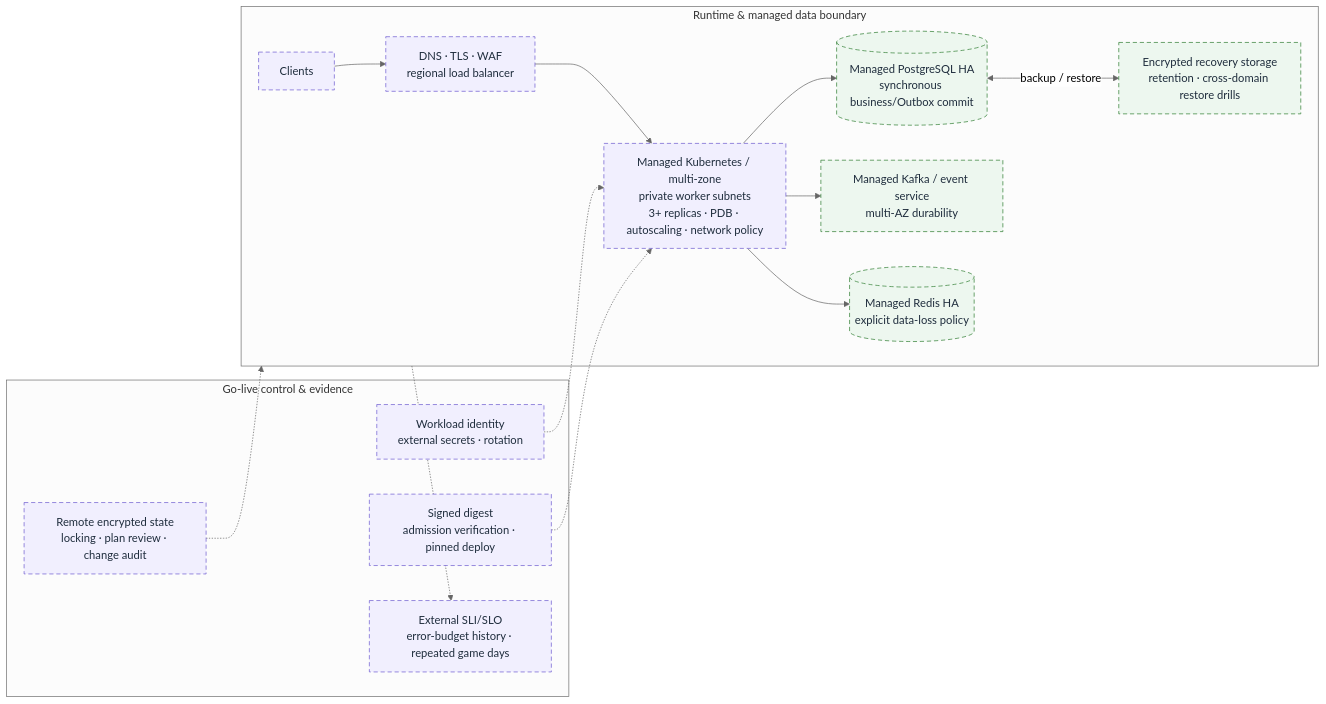
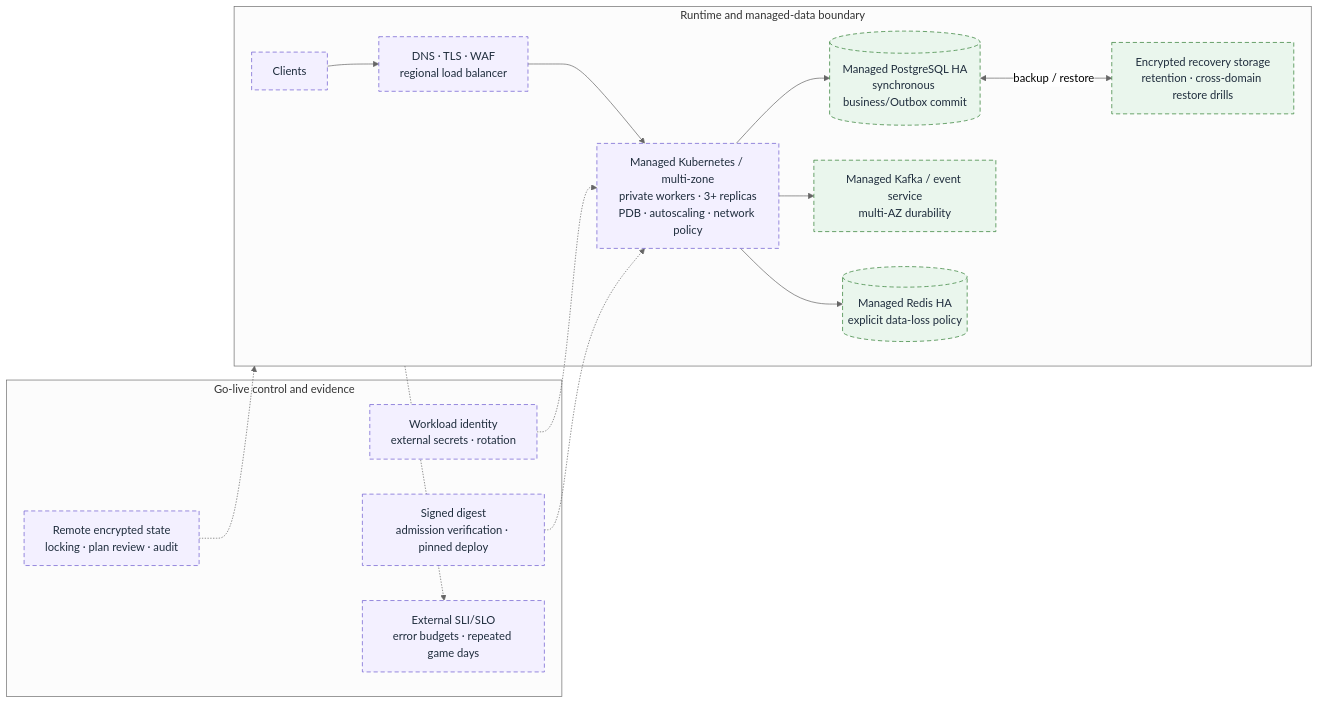
One commit to ravan-chuang/spring-boot-ecommerce-backend changed the fifth of 5 diagrams in SpringBoot_Backend_Engineering_Summary.md. Above: the diagram before and after it, drawn with Mermaid (neutral theme). The commit also changed other lines of this file and 2 other files, not shown here.

````diff
--- a/SpringBoot_Backend_Engineering_Summary.md
+++ b/SpringBoot_Backend_Engineering_Summary.md
@@ -374,28 +386,28 @@
 ```mermaid
 flowchart LR
-    subgraph Runtime["Runtime & managed data boundary"]
+    subgraph Runtime["Runtime and managed-data boundary"]
         Clients["Clients"] --> Edge["DNS · TLS · WAF<br/>regional load balancer"]
-        Edge --> K8s["Managed Kubernetes / multi-zone<br/>private worker subnets<br/>3+ replicas · PDB · autoscaling · network policy"]
+        Edge --> K8s["Managed Kubernetes / multi-zone<br/>private workers · 3+ replicas<br/>PDB · autoscaling · network policy"]
         K8s --> PG[("Managed PostgreSQL HA<br/>synchronous business/Outbox commit")]
         K8s --> Kafka["Managed Kafka / event service<br/>multi-AZ durability"]
         K8s --> Redis[("Managed Redis HA<br/>explicit data-loss policy")]
         PG <-->|backup / restore| Recovery["Encrypted recovery storage<br/>retention · cross-domain restore drills"]
     end
 
-    subgraph Controls["Go-live control & evidence"]
+    subgraph Controls["Go-live control and evidence"]
         Identity["Workload identity<br/>external secrets · rotation"]
         Delivery["Signed digest<br/>admission verification · pinned deploy"]
-        IaC["Remote encrypted state<br/>locking · plan review · change audit"]
-        Evidence["External SLI/SLO<br/>error-budget history · repeated game days"]
+        IaC["Remote encrypted state<br/>locking · plan review · audit"]
+        Evidence["External SLI/SLO<br/>error budgets · repeated game days"]
     end
 
     Identity -.-> K8s
     Delivery -.-> K8s
     IaC -.-> Runtime
     Runtime -.-> Evidence
 
-    classDef proposed fill:#f1effe,stroke:#6d5bd0,color:#1f2d3d,stroke-dasharray:6 4;
-    classDef data fill:#edf7ef,stroke:#2e7d32,color:#1f2d3d,stroke-dasharray:6 4;
+    classDef proposed fill:#f3f0ff,stroke:#6d5bd0,color:#1f2d3d,stroke-dasharray:6 4;
+    classDef data fill:#eaf6ed,stroke:#2e7d32,color:#1f2d3d,stroke-dasharray:6 4;
     class K8s,Edge,Clients,Identity,Delivery,IaC,Evidence proposed;
     class PG,Kafka,Redis,Recovery data;
 ```
````
